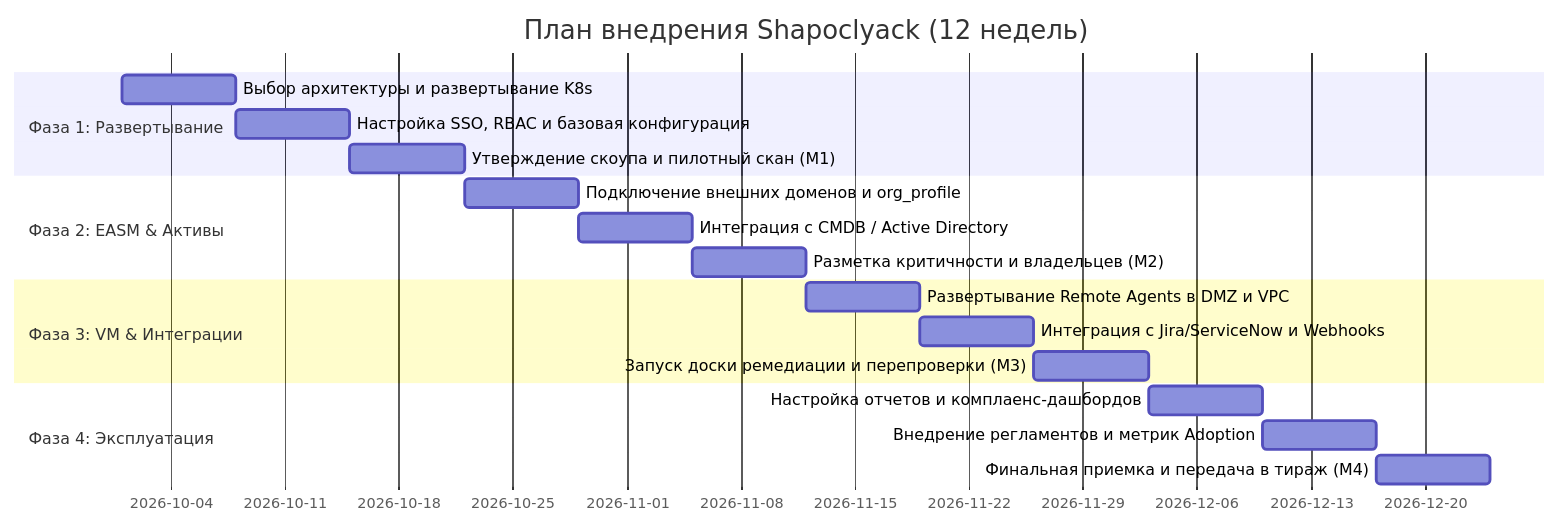
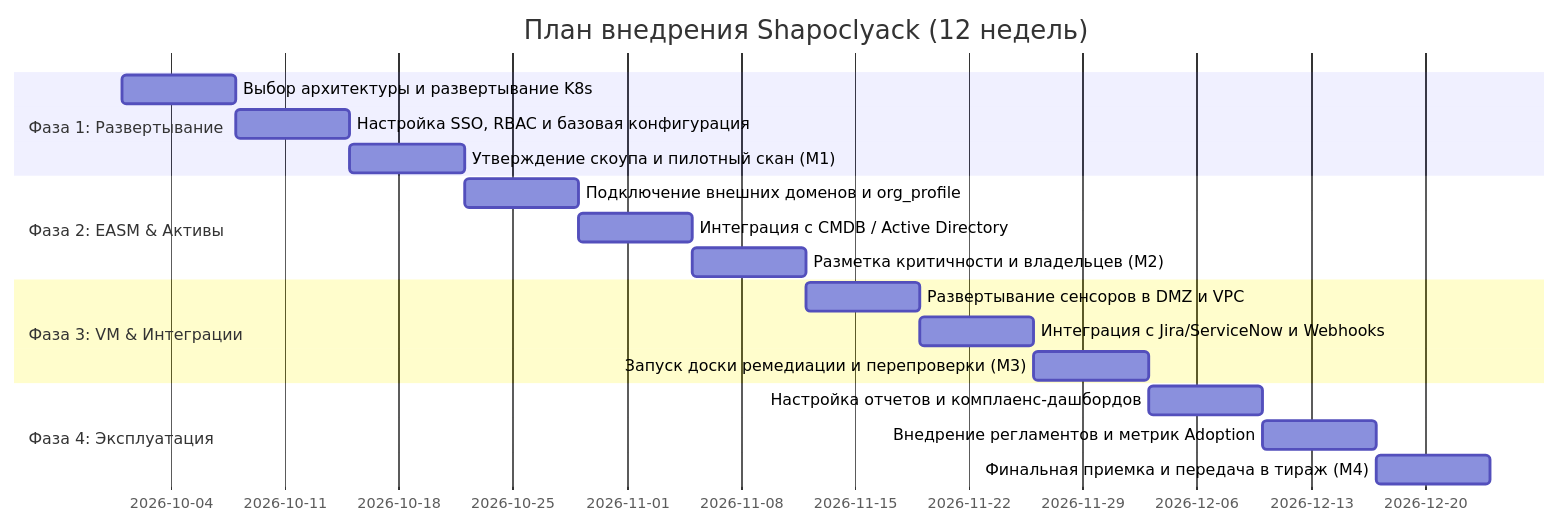
The diagram in docs/wiki/implementation-plan.md (onixus/Shapoclyack), drawn with Mermaid before and after one commit. The commit also changed other lines of this file and 31 other files, not shown here.

````diff
--- a/docs/wiki/implementation-plan.md
+++ b/docs/wiki/implementation-plan.md
@@ -9,21 +9,21 @@
 ```mermaid
 gantt
     title План внедрения Shapoclyack (12 недель)
     dateFormat  YYYY-MM-DD
     section Фаза 1: Развертывание
     Выбор архитектуры и развертывание K8s       :2026-10-01, 7d
     Настройка SSO, RBAC и базовая конфигурация  :2026-10-08, 7d
     Утверждение скоупа и пилотный скан (M1)     :2026-10-15, 7d
     section Фаза 2: EASM & Активы
     Подключение внешних доменов и org_profile   :2026-10-22, 7d
     Интеграция с CMDB / Active Directory        :2026-10-29, 7d
     Разметка критичности и владельцев (M2)      :2026-11-05, 7d
     section Фаза 3: VM & Интеграции
-    Развертывание Remote Agents в DMZ и VPC     :2026-11-12, 7d
+    Развертывание сенсоров в DMZ и VPC          :2026-11-12, 7d
     Интеграция с Jira/ServiceNow и Webhooks     :2026-11-19, 7d
     Запуск доски ремедиации и перепроверки (M3) :2026-11-26, 7d
     section Фаза 4: Эксплуатация
     Настройка отчетов и комплаенс-дашбордов     :2026-12-03, 7d
     Внедрение регламентов и метрик Adoption     :2026-12-10, 7d
     Финальная приемка и передача в тираж (M4)   :2026-12-17, 7d
 ```
````
